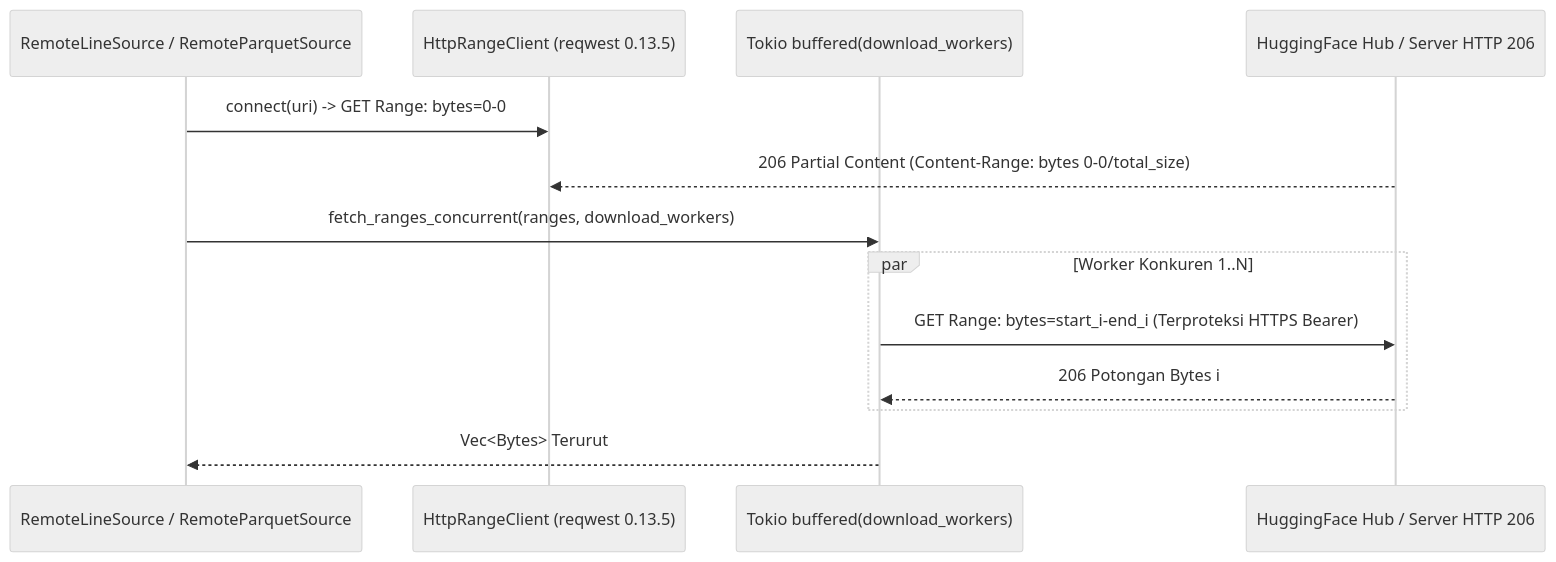
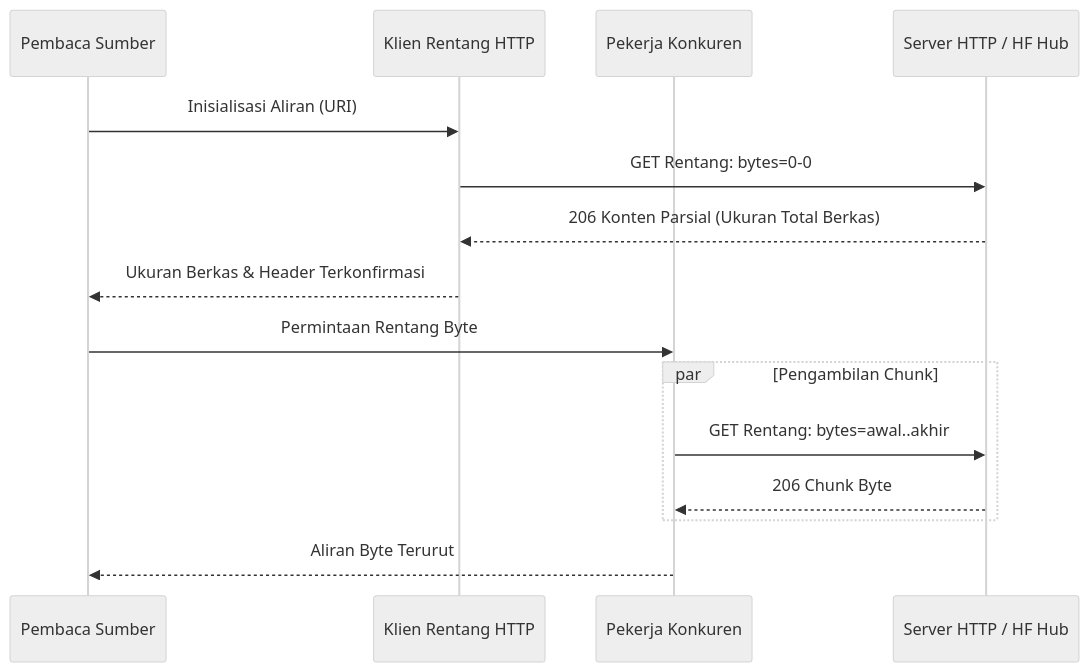
Before and after one commit to cloverx-id/luminamoon: the diagram in docs/dataloader/sources_and_streaming/README.id.md, drawn with Mermaid (neutral theme). The commit also changed 33 other files, not shown here.

Commit message:
change diagram style

````diff
--- a/docs/dataloader/sources_and_streaming/README.id.md
+++ b/docs/dataloader/sources_and_streaming/README.id.md
@@ -26,16 +26,19 @@
 ```mermaid
 sequenceDiagram
-    participant Loader as RemoteLineSource / RemoteParquetSource
-    participant Client as HttpRangeClient (reqwest 0.13.5)
-    participant Pool as Tokio buffered(download_workers)
-    participant Hub as HuggingFace Hub / Server HTTP 206
+    participant Loader as Pembaca Sumber
+    participant Client as Klien Rentang HTTP
+    participant Pool as Pekerja Konkuren
+    participant Server as Server HTTP / HF Hub
 
-    Loader->>Client: connect(uri) -> GET Range: bytes=0-0
-    Hub-->>Client: 206 Partial Content (Content-Range: bytes 0-0/total_size)
-    Loader->>Pool: fetch_ranges_concurrent(ranges, download_workers)
-    par Worker Konkuren 1..N
-        Pool->>Hub: GET Range: bytes=start_i-end_i (Terproteksi HTTPS Bearer)
-        Hub-->>Pool: 206 Potongan Bytes i
+    Loader->>Client: Inisialisasi Aliran (URI)
+    Client->>Server: GET Rentang: bytes=0-0
+    Server-->>Client: 206 Konten Parsial (Ukuran Total Berkas)
+    Client-->>Loader: Ukuran Berkas & Header Terkonfirmasi
+
+    Loader->>Pool: Permintaan Rentang Byte
+    par Pengambilan Chunk
+        Pool->>Server: GET Rentang: bytes=awal..akhir
+        Server-->>Pool: 206 Chunk Byte
     end
-    Pool-->>Loader: Vec<Bytes> Terurut
+    Pool-->>Loader: Aliran Byte Terurut
 ```
````
